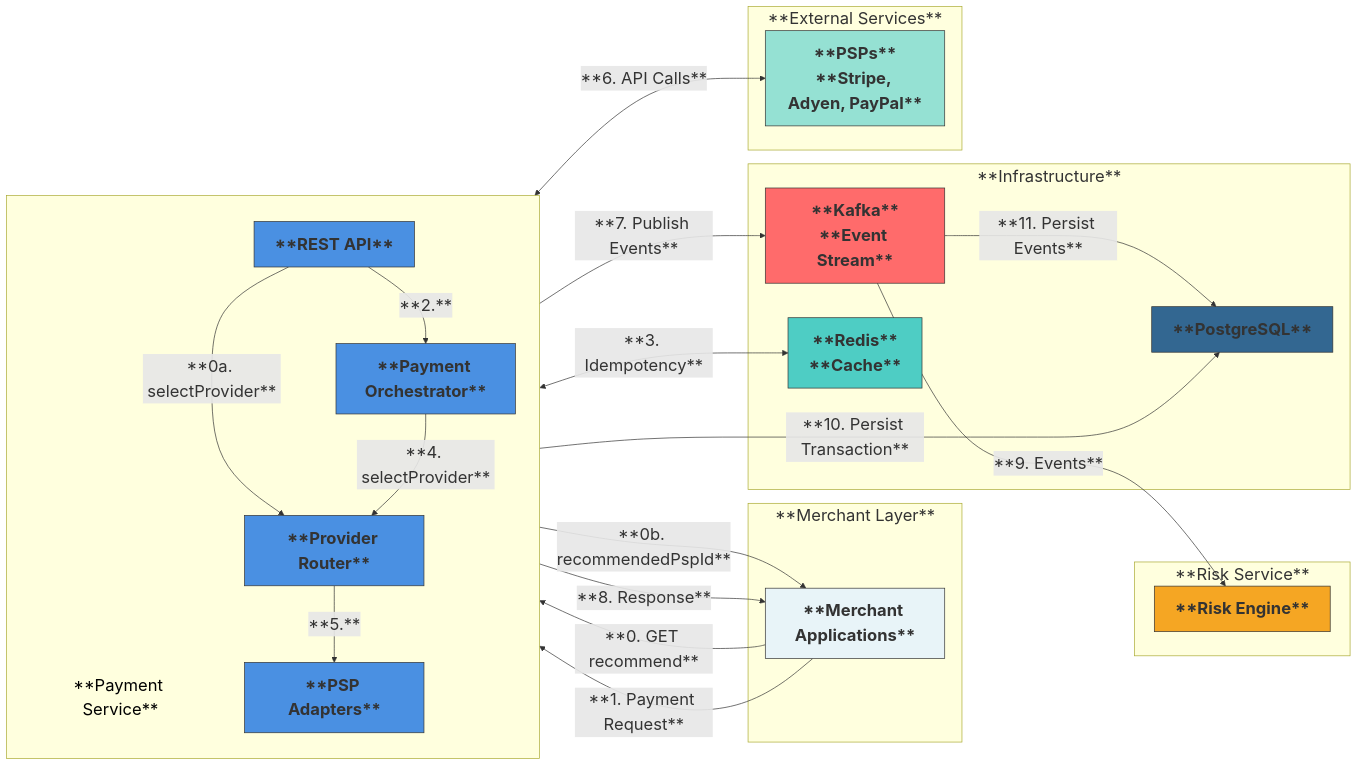
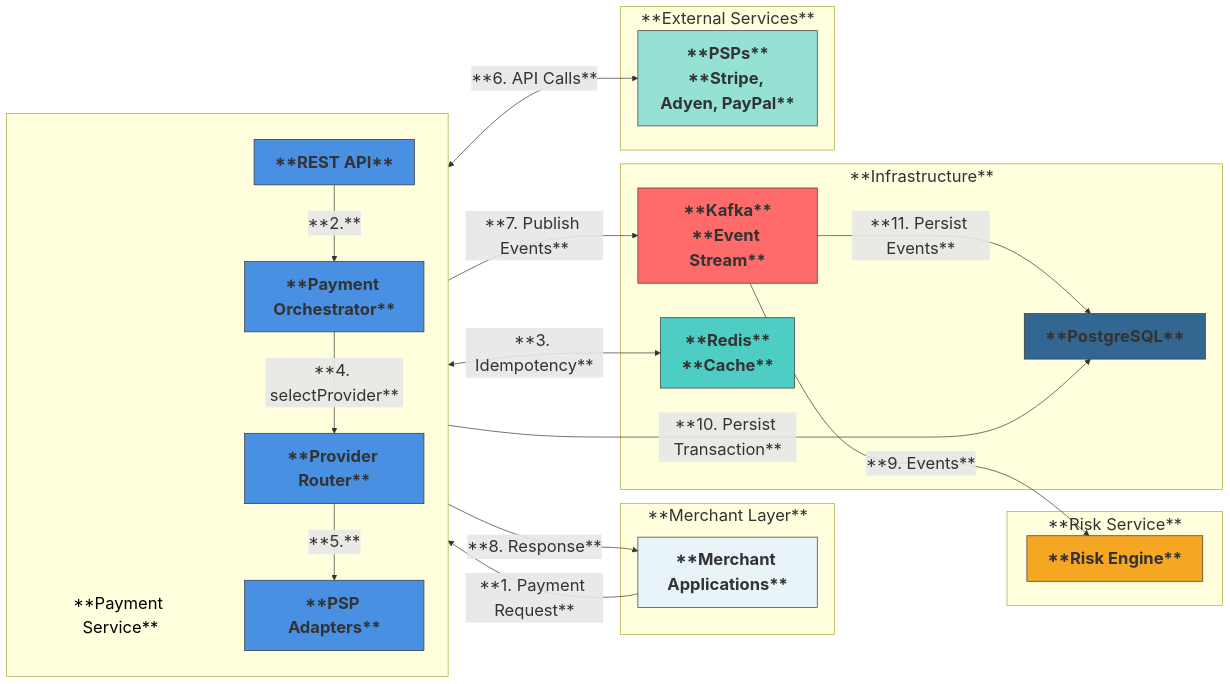
One commit to mehal1/payment-integration-framework changed the first of 3 diagrams in README.md. Above: the diagram before and after it, drawn with Mermaid. The commit also changed other lines of this file and 7 other files, not shown here.

Commit message:
feat: Updated  design to utilize universal token(from merchant vgs), remove recommend then execute design code

````diff
--- a/README.md
+++ b/README.md
@@ -107,67 +102,64 @@
 ```mermaid
 ---
 config:
   themeVariables:
     fontSize: 24px
     fontFamily: ''
     primaryTextColor: '#000000'
     lineColor: '#333333'
     primaryBorderColor: '#333333'
     subgraphPadding: 50
   layout: dagre
 ---
 graph LR
     subgraph ML["**Merchant Layer**"]
         MerchantApps[**Merchant Applications**]
     end
 
     subgraph PS[" "]
         direction TB
         PSLabel["**Payment Service**"]
         API[**REST API**]
         Orchestrator[**Payment Orchestrator**]
         Router[**Provider Router**]
         Adapters[**PSP Adapters**]
     end
 
     subgraph DL["**Infrastructure**"]
         Kafka[**Kafka**<br/>**Event Stream**]
         Redis[**Redis**<br/>**Cache**]
         PostgreSQL[**PostgreSQL**]
     end
 
     subgraph RS["**Risk Service**"]
         RiskEngine[**Risk Engine**]
     end
 
     subgraph ES["**External Services**"]
         PSPs[**PSPs**<br/>**Stripe, Adyen, PayPal**]
     end
 
-    MerchantApps -->|**0. GET recommend**| API
-    API -->|**0a. selectProvider**| Router
-    API -->|**0b. recommendedPspId**| MerchantApps
     MerchantApps -->|**1. Payment Request**| API
     API -->|**2.**| Orchestrator
     Orchestrator <-->|**3. Idempotency**| Redis
     Orchestrator -->|**4. selectProvider**| Router
     Router -->|**5.**| Adapters
     Adapters <-->|**6. API Calls**| PSPs
     Orchestrator -->|**7. Publish Events**| Kafka
     Orchestrator -->|**10. Persist Transaction**| PostgreSQL
     Kafka -->|**9. Events**| RiskEngine
     Kafka -->|**11. Persist Events**| PostgreSQL
     API -->|**8. Response**| MerchantApps
 
     style API fill:#4A90E2,stroke:#333,font-weight:bold
     style Orchestrator fill:#4A90E2,stroke:#333,font-weight:bold
     style Router fill:#4A90E2,stroke:#333,font-weight:bold
     style Adapters fill:#4A90E2,stroke:#333,font-weight:bold
     style Kafka fill:#FF6B6B,stroke:#333,font-weight:bold
     style Redis fill:#4ECDC4,stroke:#333,font-weight:bold
     style PostgreSQL fill:#336791,stroke:#333,font-weight:bold
     style PSPs fill:#95E1D3,stroke:#333,font-weight:bold
     style MerchantApps fill:#E8F4F8,stroke:#333,font-weight:bold
     style PSLabel fill:transparent,stroke:transparent,color:#000000
     style RiskEngine fill:#F5A623,stroke:#333,font-weight:bold
 ```
````
